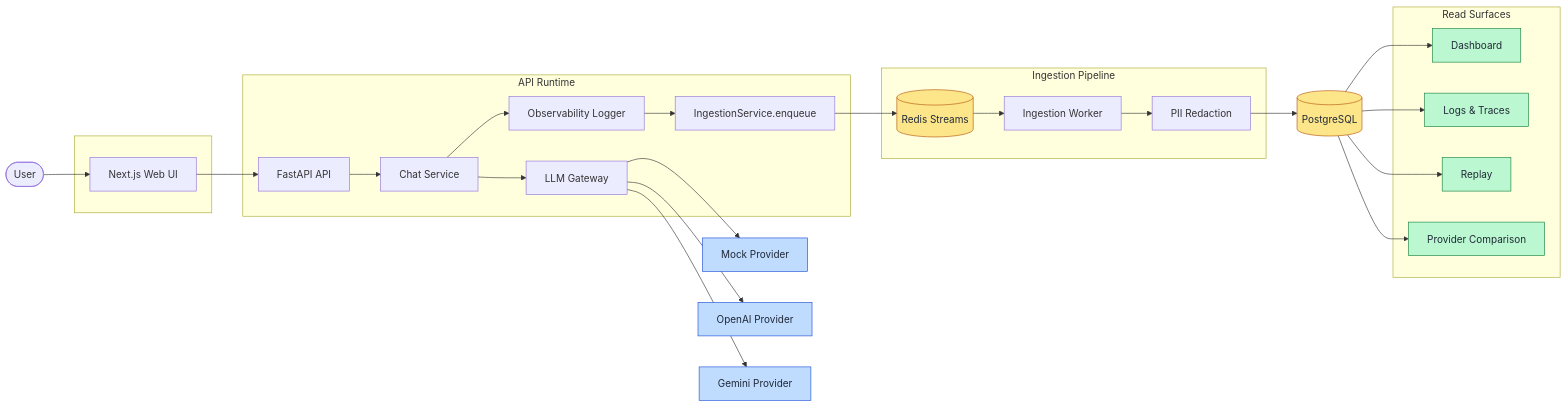
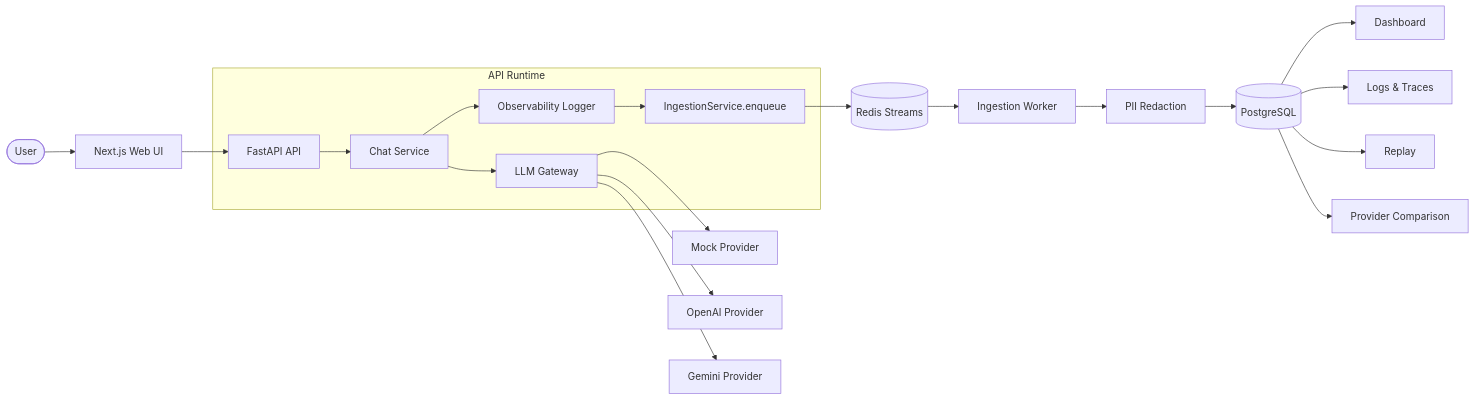
One commit to Gupta2708/InferLens changed the first of 4 diagrams in README.md. Above: the diagram before and after it, drawn with Mermaid. The commit also changed other lines of this file, not shown here.

````diff
--- a/README.md
+++ b/README.md
@@ -39,49 +41,26 @@
 ```mermaid
 flowchart LR
     User([User]) --> Web[Next.js Web UI]
-
-    subgraph CLIENT[" "]
-      Web
-    end
-
     Web --> API[FastAPI API]
 
-    subgraph RUNTIME["API Runtime"]
+    subgraph Runtime[API Runtime]
       API --> Chat[Chat Service]
       Chat --> Gateway[LLM Gateway]
       Chat --> Logger[Observability Logger]
       Logger --> Ingestion[IngestionService.enqueue]
     end
 
     Gateway --> Mock[Mock Provider]
     Gateway --> OpenAI[OpenAI Provider]
     Gateway --> Gemini[Gemini Provider]
 
     Ingestion --> Redis[(Redis Streams)]
-
-    subgraph PIPE["Ingestion Pipeline"]
-      Redis --> Worker[Ingestion Worker]
-      Worker --> Redaction[PII Redaction]
-    end
-
+    Redis --> Worker[Ingestion Worker]
+    Worker --> Redaction[PII Redaction]
     Redaction --> DB[(PostgreSQL)]
 
-    subgraph READ["Read Surfaces"]
-      Dashboard[Dashboard]
-      Logs[Logs & Traces]
-      Replay[Replay]
-      Compare[Provider Comparison]
-    end
-
-    DB --> Dashboard
-    DB --> Logs
-    DB --> Replay
-    DB --> Compare
-
-    classDef store fill:#fde68a,stroke:#b45309,color:#1f2937;
-    classDef provider fill:#bfdbfe,stroke:#1d4ed8,color:#1f2937;
-    classDef read fill:#bbf7d0,stroke:#15803d,color:#1f2937;
-    class Redis,DB store;
-    class Mock,OpenAI,Gemini provider;
-    class Dashboard,Logs,Replay,Compare read;
+    DB --> Dashboard[Dashboard]
+    DB --> Logs[Logs & Traces]
+    DB --> Replay[Replay]
+    DB --> Compare[Provider Comparison]
 ```
````
